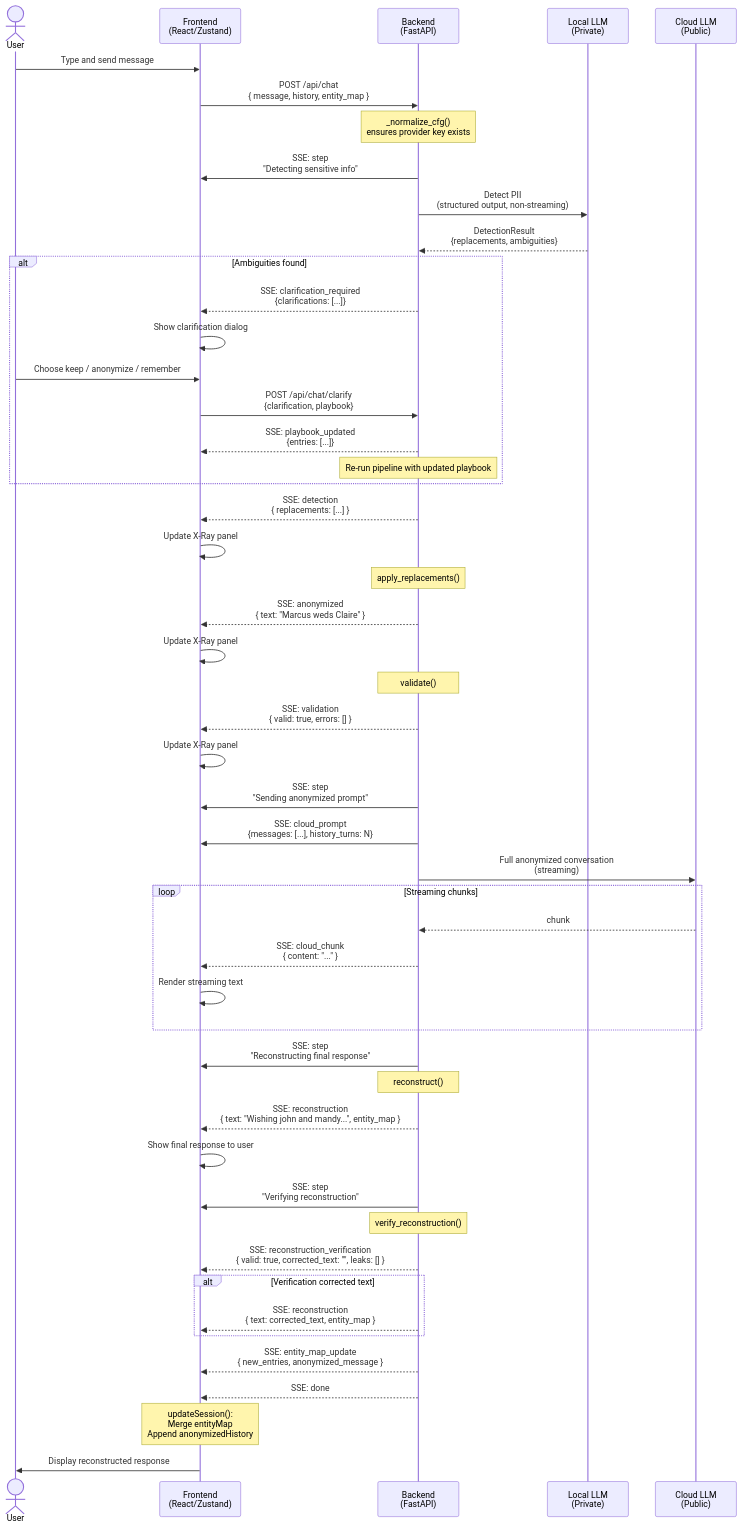
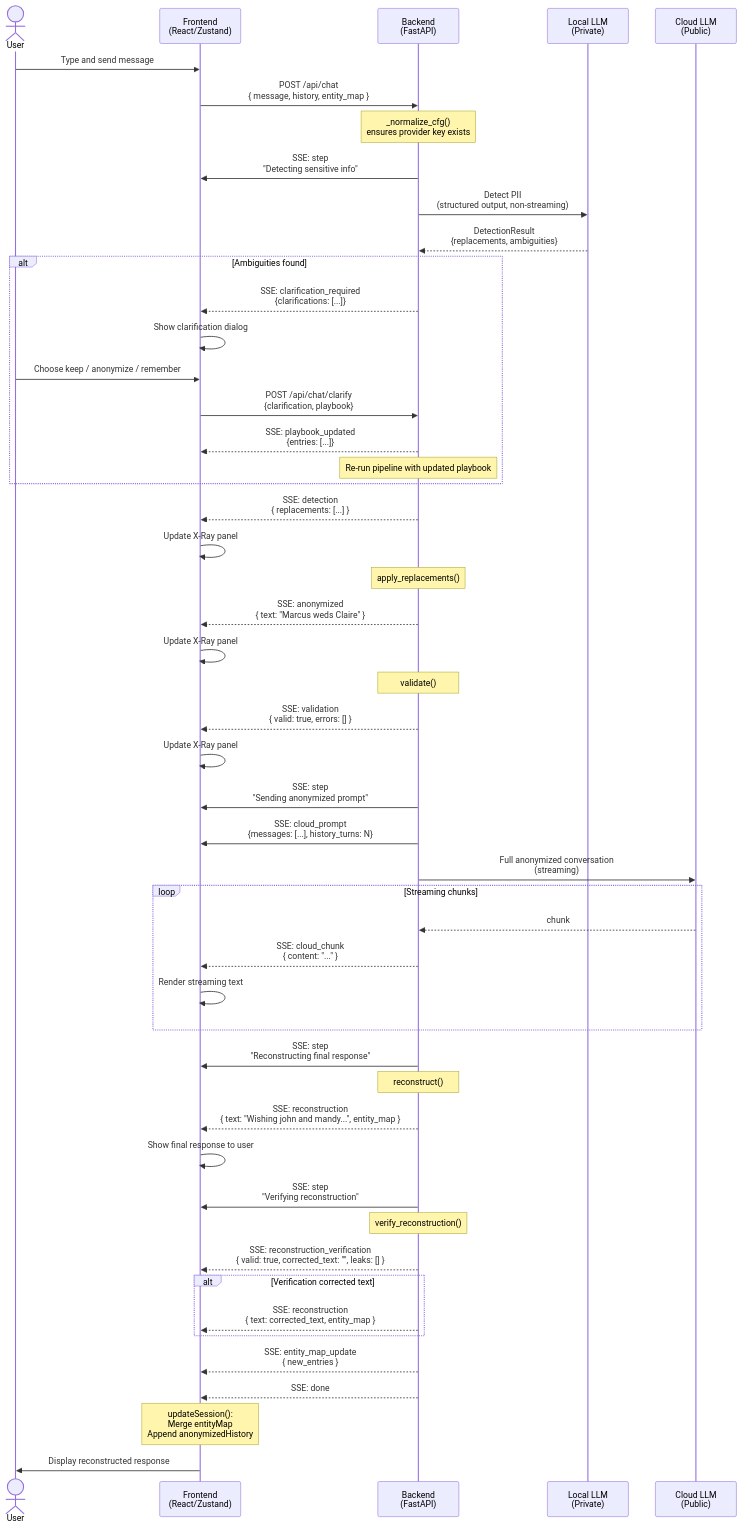
The fourth of 6 diagrams in diagrams.md (itzrnvr/CloakChat), drawn with Mermaid before and after one commit. The commit also changed other lines of this file and 3 other files, not shown here.

Commit message:
docs: fix inaccuracies in docs.md and diagrams.md

````diff
--- a/diagrams.md
+++ b/diagrams.md
@@ -191,72 +190,72 @@
 ```mermaid
 sequenceDiagram
     actor User
     participant FE as Frontend<br/>(React/Zustand)
     participant BE as Backend<br/>(FastAPI)
     participant Local as Local LLM<br/>(Private)
     participant Cloud as Cloud LLM<br/>(Public)
 
     User->>FE: Type and send message
     FE->>BE: POST /api/chat<br/>{ message, history, entity_map }
 
     Note over BE: _normalize_cfg()<br/>ensures provider key exists
 
     BE->>FE: SSE: step<br/>"Detecting sensitive info"
 
     BE->>Local: Detect PII<br/>(structured output, non-streaming)
     Local-->>BE: DetectionResult<br/>{replacements, ambiguities}
 
     alt Ambiguities found
         BE-->>FE: SSE: clarification_required<br/>{clarifications: [...]}
         FE->>FE: Show clarification dialog
         User->>FE: Choose keep / anonymize / remember
         FE->>BE: POST /api/chat/clarify<br/>{clarification, playbook}
         BE-->>FE: SSE: playbook_updated<br/>{entries: [...]}
         Note over BE: Re-run pipeline with updated playbook
     end
 
     BE-->>FE: SSE: detection<br/>{ replacements: [...] }
     FE->>FE: Update X-Ray panel
 
     Note over BE: apply_replacements()
     BE-->>FE: SSE: anonymized<br/>{ text: "Marcus weds Claire" }
     FE->>FE: Update X-Ray panel
 
     Note over BE: validate()
     BE-->>FE: SSE: validation<br/>{ valid: true, errors: [] }
     FE->>FE: Update X-Ray panel
 
     BE->>FE: SSE: step<br/>"Sending anonymized prompt"
 
     BE->>FE: SSE: cloud_prompt<br/>{messages: [...], history_turns: N}
 
     BE->>Cloud: Full anonymized conversation<br/>(streaming)
 
     loop Streaming chunks
         Cloud-->>BE: chunk
         BE-->>FE: SSE: cloud_chunk<br/>{ content: "..." }
         FE->>FE: Render streaming text
     end
 
     BE->>FE: SSE: step<br/>"Reconstructing final response"
 
     Note over BE: reconstruct()
     BE-->>FE: SSE: reconstruction<br/>{ text: "Wishing john and mandy...", entity_map }
     FE->>FE: Show final response to user
 
     BE->>FE: SSE: step<br/>"Verifying reconstruction"
 
     Note over BE: verify_reconstruction()
     BE-->>FE: SSE: reconstruction_verification<br/>{ valid: true, corrected_text: "", leaks: [] }
 
     alt Verification corrected text
         BE-->>FE: SSE: reconstruction<br/>{ text: corrected_text, entity_map }
     end
 
-    BE-->>FE: SSE: entity_map_update<br/>{ new_entries, anonymized_message }
+    BE-->>FE: SSE: entity_map_update<br/>{ new_entries }
 
     BE-->>FE: SSE: done
 
     Note over FE: updateSession():<br/>Merge entityMap<br/>Append anonymizedHistory
     FE->>User: Display reconstructed response
 ```
````
